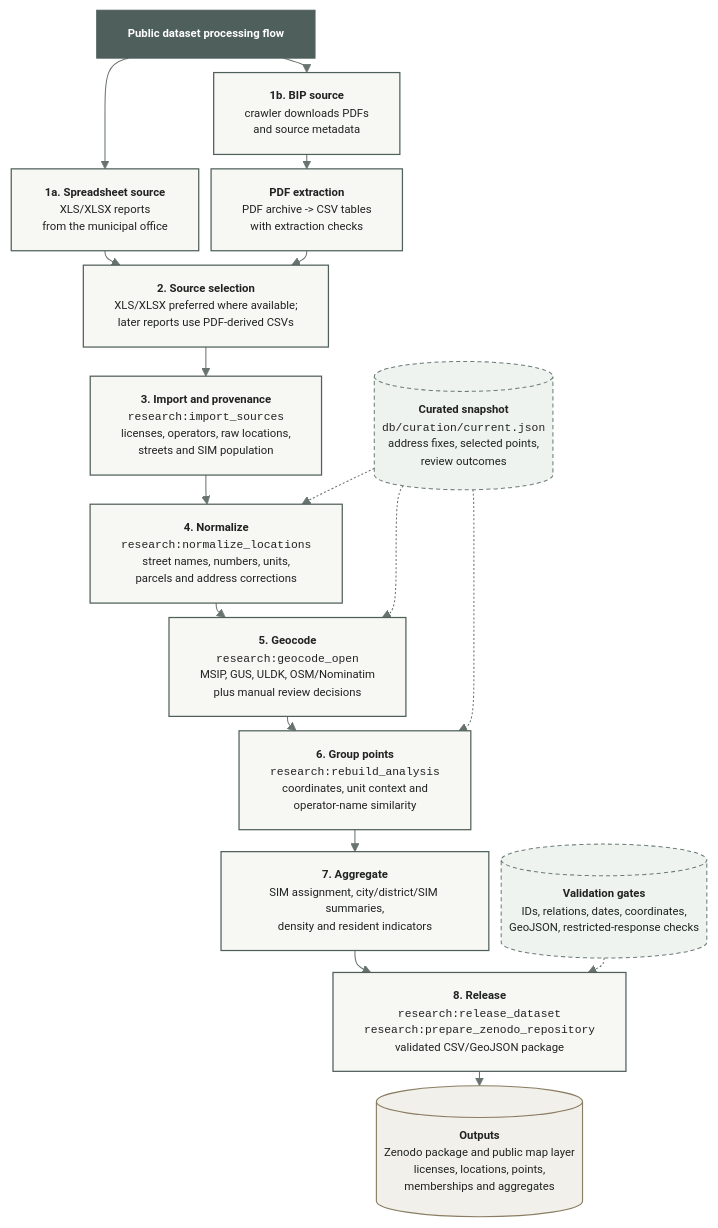
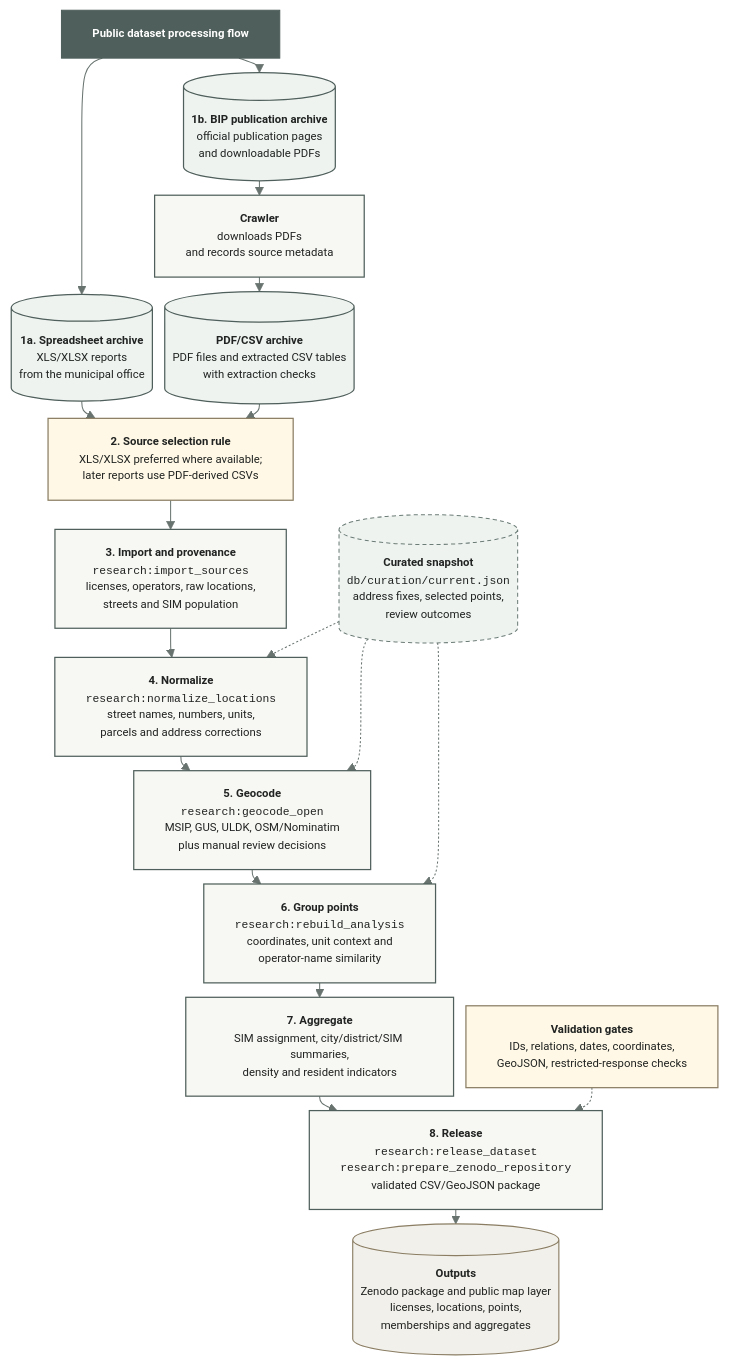
One commit to ciembor/alcohol_permits_map changed the diagram in docs/point_grouping_flowchart.mmd. Above: the diagram before and after it, drawn with Mermaid. The commit also changed 1 other file, not shown here.

Commit message:
Clarify data sources in dataset flowchart

```diff
--- a/docs/point_grouping_flowchart.mmd
+++ b/docs/point_grouping_flowchart.mmd
@@ -1,37 +1,42 @@
 %%{init: {"theme": "base", "themeVariables": {"fontFamily": "Arial", "fontSize": "11px", "primaryColor": "#f7f7f3", "primaryBorderColor": "#4f5f5b", "primaryTextColor": "#202321", "lineColor": "#68736f", "tertiaryColor": "#eef3f0"}, "flowchart": {"curve": "basis", "nodeSpacing": 12, "rankSpacing": 14, "htmlLabels": true}}}%%
 flowchart TB
   title["<b>Public dataset processing flow</b>"]
 
-  xlsx["<b>1a. Spreadsheet source</b><br/>XLS/XLSX reports<br/>from the municipal office"]
-  crawler["<b>1b. BIP source</b><br/>crawler downloads PDFs<br/>and source metadata"]
-  pdfcsv["<b>PDF extraction</b><br/>PDF archive -> CSV tables<br/>with extraction checks"]
-  sources["<b>2. Source selection</b><br/>XLS/XLSX preferred where available;<br/>later reports use PDF-derived CSVs"]
+  xlsx[("<b>1a. Spreadsheet archive</b><br/>XLS/XLSX reports<br/>from the municipal office")]
+  bip[("<b>1b. BIP publication archive</b><br/>official publication pages<br/>and downloadable PDFs")]
+  crawler["<b>Crawler</b><br/>downloads PDFs<br/>and records source metadata"]
+  pdfcsv[("<b>PDF/CSV archive</b><br/>PDF files and extracted CSV tables<br/>with extraction checks")]
+  sources["<b>2. Source selection rule</b><br/>XLS/XLSX preferred where available;<br/>later reports use PDF-derived CSVs"]
   import["<b>3. Import and provenance</b><br/><code>research:import_sources</code><br/>licenses, operators, raw locations,<br/>streets and SIM population"]
   normalize["<b>4. Normalize</b><br/><code>research:normalize_locations</code><br/>street names, numbers, units,<br/>parcels and address corrections"]
   geocode["<b>5. Geocode</b><br/><code>research:geocode_open</code><br/>MSIP, GUS, ULDK, OSM/Nominatim<br/>plus manual review decisions"]
   grouping["<b>6. Group points</b><br/><code>research:rebuild_analysis</code><br/>coordinates, unit context and<br/>operator-name similarity"]
   aggregate["<b>7. Aggregate</b><br/>SIM assignment, city/district/SIM summaries,<br/>density and resident indicators"]
   release["<b>8. Release</b><br/><code>research:release_dataset</code><br/><code>research:prepare_zenodo_repository</code><br/>validated CSV/GeoJSON package"]
 
   curation[("<b>Curated snapshot</b><br/><code>db/curation/current.json</code><br/>address fixes, selected points,<br/>review outcomes")]
-  validation[("<b>Validation gates</b><br/>IDs, relations, dates, coordinates,<br/>GeoJSON, restricted-response checks")]
+  validation["<b>Validation gates</b><br/>IDs, relations, dates, coordinates,<br/>GeoJSON, restricted-response checks"]
   outputs[("<b>Outputs</b><br/>Zenodo package and public map layer<br/>licenses, locations, points,<br/>memberships and aggregates")]
 
   title --> xlsx --> sources
-  title --> crawler --> pdfcsv --> sources
+  title --> bip --> crawler --> pdfcsv --> sources
   sources --> import --> normalize --> geocode --> grouping --> aggregate --> release --> outputs
 
   curation -.-> normalize
   curation -.-> geocode
   curation -.-> grouping
   validation -.-> release
 
   classDef header fill:#4f5f5b,stroke:#4f5f5b,stroke-width:1px,color:#ffffff;
   classDef main fill:#f7f7f3,stroke:#4f5f5b,stroke-width:1.2px,color:#202321;
+  classDef data fill:#eef3f0,stroke:#4f5f5b,stroke-width:1.2px,color:#202321;
+  classDef gate fill:#fff8e6,stroke:#8a7d63,stroke-width:1.2px,color:#202321;
   classDef side fill:#eef3f0,stroke:#6c7c77,stroke-width:1px,color:#202321,stroke-dasharray: 4 3;
   classDef output fill:#f2f0ea,stroke:#8a7d63,stroke-width:1.1px,color:#202321;
 
   class title header;
-  class xlsx,crawler,pdfcsv,sources,import,normalize,geocode,grouping,aggregate,release main;
-  class curation,validation side;
+  class crawler,import,normalize,geocode,grouping,aggregate,release main;
+  class xlsx,bip,pdfcsv data;
+  class sources,validation gate;
+  class curation side;
   class outputs output;
```
